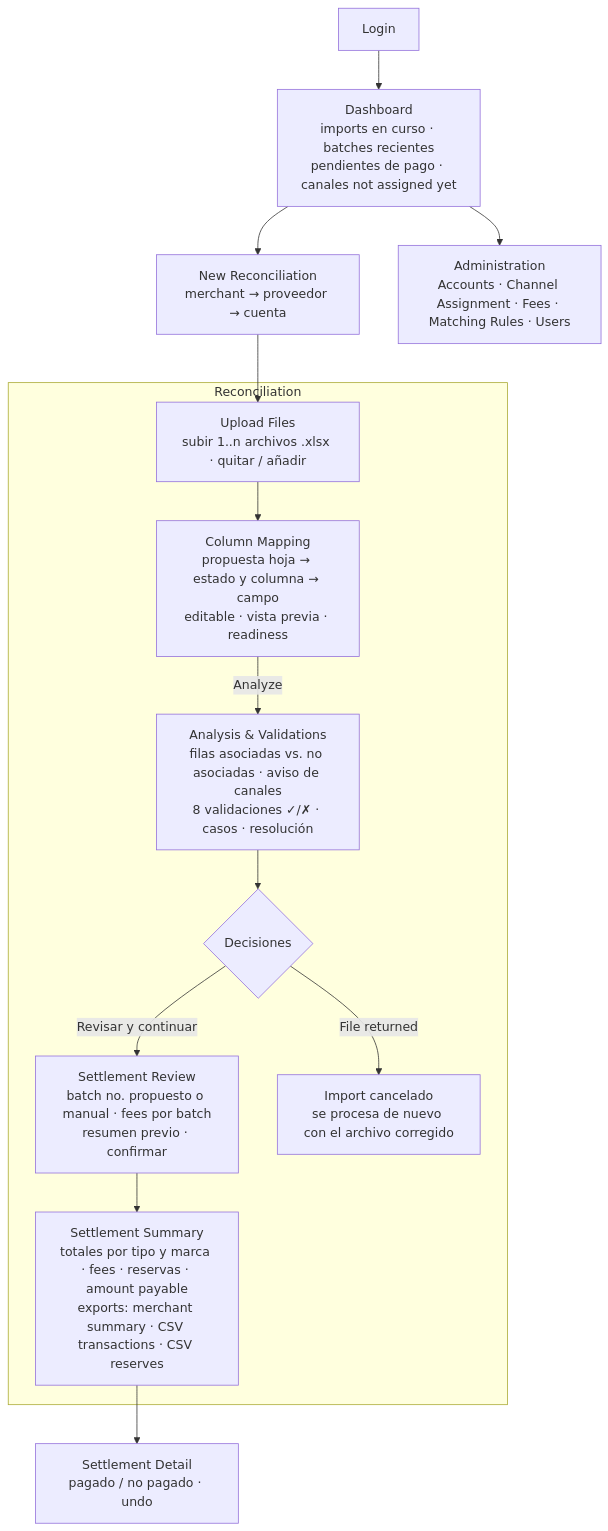
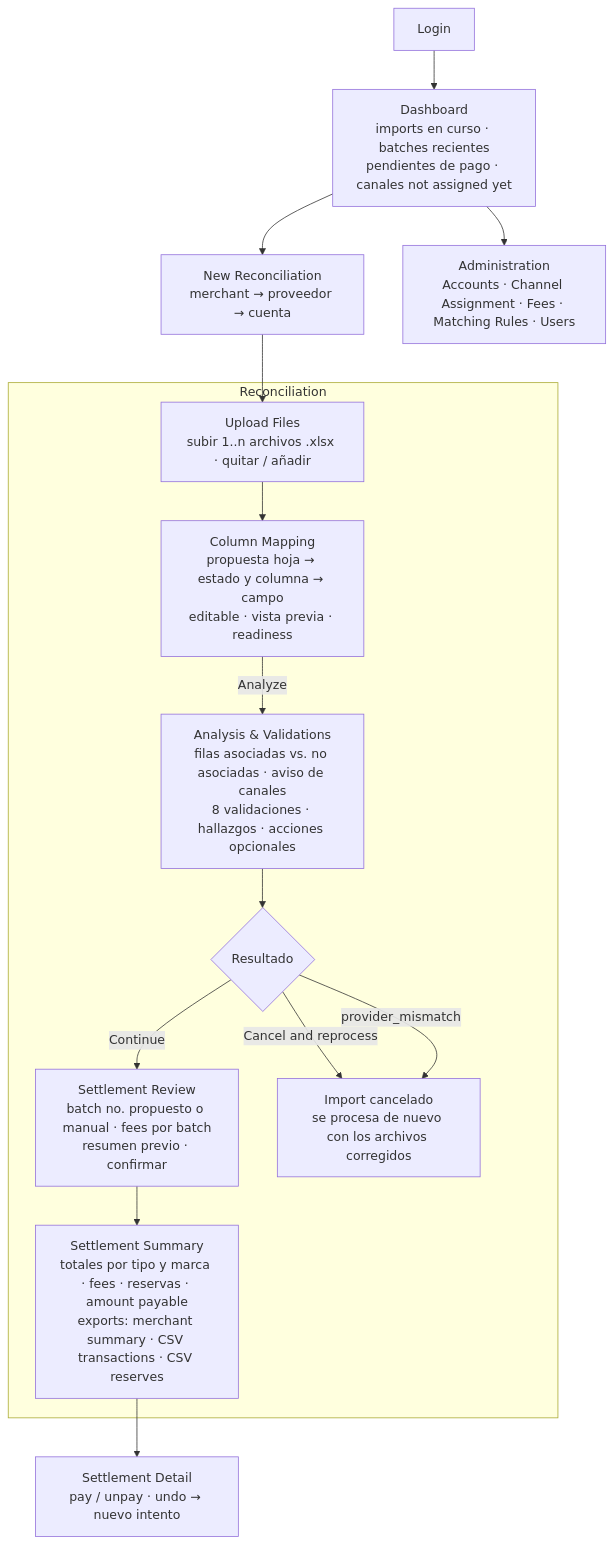
The first of 10 diagrams in readme.md (LIDR-academy-temp/AI4Devs-finalproject), drawn with Mermaid before and after one commit. The commit also changed other lines of this file and 4 other files, not shown here.

````diff
--- a/readme.md
+++ b/readme.md
@@ -182,19 +180,20 @@
 ```mermaid
 flowchart TD
     L[Login] --> D[Dashboard<br/>imports en curso · batches recientes<br/>pendientes de pago · canales not assigned yet]
     D --> NR[New Reconciliation<br/>merchant → proveedor → cuenta]
     NR --> P1
 
     subgraph Reconciliation
         P1[Upload Files<br/>subir 1..n archivos .xlsx · quitar / añadir] --> P2
         P2[Column Mapping<br/>propuesta hoja → estado y columna → campo<br/>editable · vista previa · readiness] -->|Analyze| P3
-        P3[Analysis & Validations<br/>filas asociadas vs. no asociadas · aviso de canales<br/>8 validaciones ✓/✗ · casos · resolución] --> P3d{Decisiones}
-        P3d -->|Revisar y continuar| P4
-        P3d -->|File returned| X[Import cancelado<br/>se procesa de nuevo con el archivo corregido]
+        P3[Analysis & Validations<br/>filas asociadas vs. no asociadas · aviso de canales<br/>8 validaciones · hallazgos · acciones opcionales] --> P3d{Resultado}
+        P3d -->|Continue| P4
+        P3d -->|Cancel and reprocess| X[Import cancelado<br/>se procesa de nuevo con los archivos corregidos]
+        P3d -->|provider_mismatch| X
         P4[Settlement Review<br/>batch no. propuesto o manual · fees por batch<br/>resumen previo · confirmar] --> P5
         P5[Settlement Summary<br/>totales por tipo y marca · fees · reservas · amount payable<br/>exports: merchant summary · CSV transactions · CSV reserves]
     end
 
-    P5 --> S[Settlement Detail<br/>pagado / no pagado · undo]
+    P5 --> S[Settlement Detail<br/>pay / unpay · undo → nuevo intento]
     D --> A[Administration<br/>Accounts · Channel Assignment · Fees · Matching Rules · Users]
 ```
````
